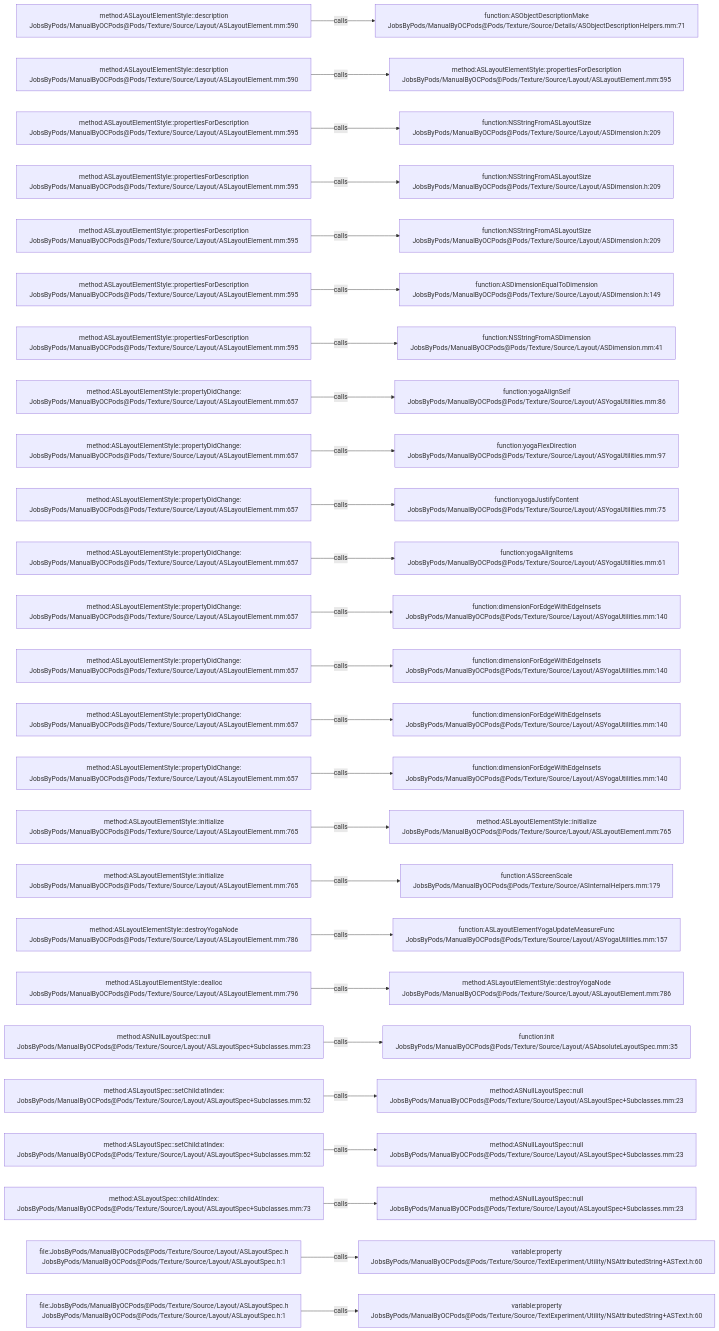
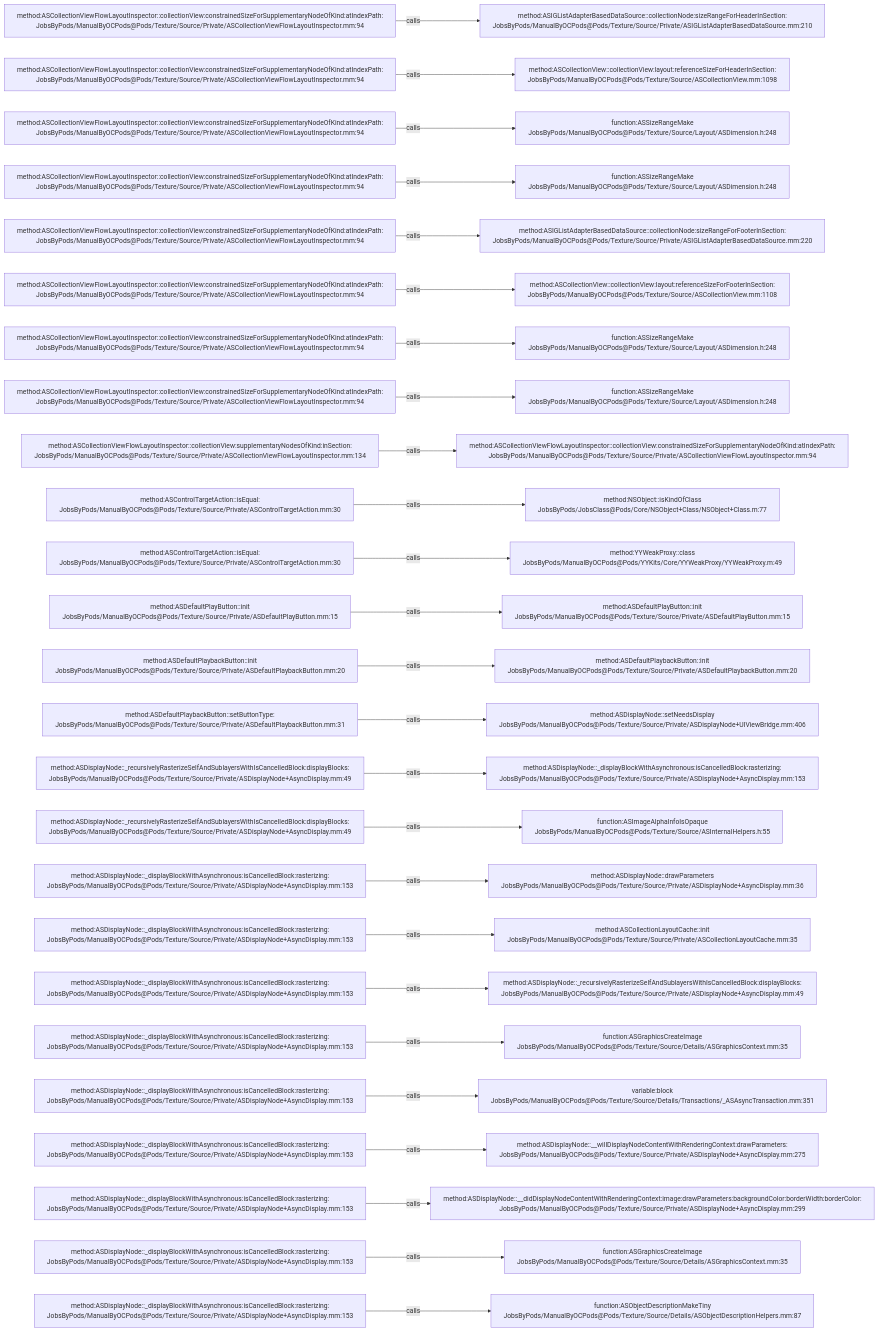
Before and after one commit to JobsKits/JobsOCBaseConfigDemo: the diagram in .codegraph/codegraph.md/graphs/calls-188.md, drawn with Mermaid. The commit also changed 1223 other files, not shown here.

````diff
--- a/.codegraph/codegraph.md/graphs/calls-188.md
+++ b/.codegraph/codegraph.md/graphs/calls-188.md
@@ -13,78 +13,78 @@
 ```mermaid
 flowchart LR
-  S1["method:ASLayoutElementStyle::description<br/>JobsByPods/ManualByOCPods@Pods/Texture/Source/Layout/ASLayoutElement.mm:590"]
-  T1["function:ASObjectDescriptionMake<br/>JobsByPods/ManualByOCPods@Pods/Texture/Source/Details/ASObjectDescriptionHelpers.mm:71"]
+  S1["method:ASCollectionViewFlowLayoutInspector::collectionView:constrainedSizeForSupplementaryNodeOfKind:atIndexPath:<br/>JobsByPods/ManualByOCPods@Pods/Texture/Source/Private/ASCollectionViewFlowLayoutInspector.mm:94"]
+  T1["method:ASIGListAdapterBasedDataSource::collectionNode:sizeRangeForHeaderInSection:<br/>JobsByPods/ManualByOCPods@Pods/Texture/Source/Private/ASIGListAdapterBasedDataSource.mm:210"]
   S1 -->|calls| T1
-  S2["method:ASLayoutElementStyle::description<br/>JobsByPods/ManualByOCPods@Pods/Texture/Source/Layout/ASLayoutElement.mm:590"]
-  T2["method:ASLayoutElementStyle::propertiesForDescription<br/>JobsByPods/ManualByOCPods@Pods/Texture/Source/Layout/ASLayoutElement.mm:595"]
+  S2["method:ASCollectionViewFlowLayoutInspector::collectionView:constrainedSizeForSupplementaryNodeOfKind:atIndexPath:<br/>JobsByPods/ManualByOCPods@Pods/Texture/Source/Private/ASCollectionViewFlowLayoutInspector.mm:94"]
+  T2["method:ASCollectionView::collectionView:layout:referenceSizeForHeaderInSection:<br/>JobsByPods/ManualByOCPods@Pods/Texture/Source/ASCollectionView.mm:1098"]
   S2 -->|calls| T2
-  S3["method:ASLayoutElementStyle::propertiesForDescription<br/>JobsByPods/ManualByOCPods@Pods/Texture/Source/Layout/ASLayoutElement.mm:595"]
-  T3["function:NSStringFromASLayoutSize<br/>JobsByPods/ManualByOCPods@Pods/Texture/Source/Layout/ASDimension.h:209"]
+  S3["method:ASCollectionViewFlowLayoutInspector::collectionView:constrainedSizeForSupplementaryNodeOfKind:atIndexPath:<br/>JobsByPods/ManualByOCPods@Pods/Texture/Source/Private/ASCollectionViewFlowLayoutInspector.mm:94"]
+  T3["function:ASSizeRangeMake<br/>JobsByPods/ManualByOCPods@Pods/Texture/Source/Layout/ASDimension.h:248"]
   S3 -->|calls| T3
-  S4["method:ASLayoutElementStyle::propertiesForDescription<br/>JobsByPods/ManualByOCPods@Pods/Texture/Source/Layout/ASLayoutElement.mm:595"]
-  T4["function:NSStringFromASLayoutSize<br/>JobsByPods/ManualByOCPods@Pods/Texture/Source/Layout/ASDimension.h:209"]
+  S4["method:ASCollectionViewFlowLayoutInspector::collectionView:constrainedSizeForSupplementaryNodeOfKind:atIndexPath:<br/>JobsByPods/ManualByOCPods@Pods/Texture/Source/Private/ASCollectionViewFlowLayoutInspector.mm:94"]
+  T4["function:ASSizeRangeMake<br/>JobsByPods/ManualByOCPods@Pods/Texture/Source/Layout/ASDimension.h:248"]
   S4 -->|calls| T4
-  S5["method:ASLayoutElementStyle::propertiesForDescription<br/>JobsByPods/ManualByOCPods@Pods/Texture/Source/Layout/ASLayoutElement.mm:595"]
-  T5["function:NSStringFromASLayoutSize<br/>JobsByPods/ManualByOCPods@Pods/Texture/Source/Layout/ASDimension.h:209"]
+  S5["method:ASCollectionViewFlowLayoutInspector::collectionView:constrainedSizeForSupplementaryNodeOfKind:atIndexPath:<br/>JobsByPods/ManualByOCPods@Pods/Texture/Source/Private/ASCollectionViewFlowLayoutInspector.mm:94"]
+  T5["method:ASIGListAdapterBasedDataSource::collectionNode:sizeRangeForFooterInSection:<br/>JobsByPods/ManualByOCPods@Pods/Texture/Source/Private/ASIGListAdapterBasedDataSource.mm:220"]
   S5 -->|calls| T5
-  S6["method:ASLayoutElementStyle::propertiesForDescription<br/>JobsByPods/ManualByOCPods@Pods/Texture/Source/Layout/ASLayoutElement.mm:595"]
-  T6["function:ASDimensionEqualToDimension<br/>JobsByPods/ManualByOCPods@Pods/Texture/Source/Layout/ASDimension.h:149"]
+  S6["method:ASCollectionViewFlowLayoutInspector::collectionView:constrainedSizeForSupplementaryNodeOfKind:atIndexPath:<br/>JobsByPods/ManualByOCPods@Pods/Texture/Source/Private/ASCollectionViewFlowLayoutInspector.mm:94"]
+  T6["method:ASCollectionView::collectionView:layout:referenceSizeForFooterInSection:<br/>JobsByPods/ManualByOCPods@Pods/Texture/Source/ASCollectionView.mm:1108"]
   S6 -->|calls| T6
-  S7["method:ASLayoutElementStyle::propertiesForDescription<br/>JobsByPods/ManualByOCPods@Pods/Texture/Source/Layout/ASLayoutElement.mm:595"]
-  T7["function:NSStringFromASDimension<br/>JobsByPods/ManualByOCPods@Pods/Texture/Source/Layout/ASDimension.mm:41"]
+  S7["method:ASCollectionViewFlowLayoutInspector::collectionView:constrainedSizeForSupplementaryNodeOfKind:atIndexPath:<br/>JobsByPods/ManualByOCPods@Pods/Texture/Source/Private/ASCollectionViewFlowLayoutInspector.mm:94"]
+  T7["function:ASSizeRangeMake<br/>JobsByPods/ManualByOCPods@Pods/Texture/Source/Layout/ASDimension.h:248"]
   S7 -->|calls| T7
-  S8["method:ASLayoutElementStyle::propertyDidChange:<br/>JobsByPods/ManualByOCPods@Pods/Texture/Source/Layout/ASLayoutElement.mm:657"]
-  T8["function:yogaAlignSelf<br/>JobsByPods/ManualByOCPods@Pods/Texture/Source/Layout/ASYogaUtilities.mm:86"]
+  S8["method:ASCollectionViewFlowLayoutInspector::collectionView:constrainedSizeForSupplementaryNodeOfKind:atIndexPath:<br/>JobsByPods/ManualByOCPods@Pods/Texture/Source/Private/ASCollectionViewFlowLayoutInspector.mm:94"]
+  T8["function:ASSizeRangeMake<br/>JobsByPods/ManualByOCPods@Pods/Texture/Source/Layout/ASDimension.h:248"]
   S8 -->|calls| T8
-  S9["method:ASLayoutElementStyle::propertyDidChange:<br/>JobsByPods/ManualByOCPods@Pods/Texture/Source/Layout/ASLayoutElement.mm:657"]
-  T9["function:yogaFlexDirection<br/>JobsByPods/ManualByOCPods@Pods/Texture/Source/Layout/ASYogaUtilities.mm:97"]
+  S9["method:ASCollectionViewFlowLayoutInspector::collectionView:supplementaryNodesOfKind:inSection:<br/>JobsByPods/ManualByOCPods@Pods/Texture/Source/Private/ASCollectionViewFlowLayoutInspector.mm:134"]
+  T9["method:ASCollectionViewFlowLayoutInspector::collectionView:constrainedSizeForSupplementaryNodeOfKind:atIndexPath:<br/>JobsByPods/ManualByOCPods@Pods/Texture/Source/Private/ASCollectionViewFlowLayoutInspector.mm:94"]
   S9 -->|calls| T9
-  S10["method:ASLayoutElementStyle::propertyDidChange:<br/>JobsByPods/ManualByOCPods@Pods/Texture/Source/Layout/ASLayoutElement.mm:657"]
-  T10["function:yogaJustifyContent<br/>JobsByPods/ManualByOCPods@Pods/Texture/Source/Layout/ASYogaUtilities.mm:75"]
+  S10["method:ASControlTargetAction::isEqual:<br/>JobsByPods/ManualByOCPods@Pods/Texture/Source/Private/ASControlTargetAction.mm:30"]
+  T10["method:NSObject::isKindOfClass<br/>JobsByPods/JobsClass@Pods/Core/NSObject+Class/NSObject+Class.m:77"]
   S10 -->|calls| T10
-  S11["method:ASLayoutElementStyle::propertyDidChange:<br/>JobsByPods/ManualByOCPods@Pods/Texture/Source/Layout/ASLayoutElement.mm:657"]
-  T11["function:yogaAlignItems<br/>JobsByPods/ManualByOCPods@Pods/Texture/Source/Layout/ASYogaUtilities.mm:61"]
+  S11["method:ASControlTargetAction::isEqual:<br/>JobsByPods/ManualByOCPods@Pods/Texture/Source/Private/ASControlTargetAction.mm:30"]
+  T11["method:YYWeakProxy::class<br/>JobsByPods/ManualByOCPods@Pods/YYKits/Core/YYWeakProxy/YYWeakProxy.m:49"]
   S11 -->|calls| T11
-  S12["method:ASLayoutElementStyle::propertyDidChange:<br/>JobsByPods/ManualByOCPods@Pods/Texture/Source/Layout/ASLayoutElement.mm:657"]
-  T12["function:dimensionForEdgeWithEdgeInsets<br/>JobsByPods/ManualByOCPods@Pods/Texture/Source/Layout/ASYogaUtilities.mm:140"]
+  S12["method:ASDefaultPlayButton::init<br/>JobsByPods/ManualByOCPods@Pods/Texture/Source/Private/ASDefaultPlayButton.mm:15"]
+  T12["method:ASDefaultPlayButton::init<br/>JobsByPods/ManualByOCPods@Pods/Texture/Source/Private/ASDefaultPlayButton.mm:15"]
   S12 -->|calls| T12
-  S13["method:ASLayoutElementStyle::propertyDidChange:<br/>JobsByPods/ManualByOCPods@Pods/Texture/Source/Layout/ASLayoutElement.mm:657"]
-  T13["function:dimensionForEdgeWithEdgeInsets<br/>JobsByPods/ManualByOCPods@Pods/Texture/Source/Layout/ASYogaUtilities.mm:140"]
+  S13["method:ASDefaultPlaybackButton::init<br/>JobsByPods/ManualByOCPods@Pods/Texture/Source/Private/ASDefaultPlaybackButton.mm:20"]
+  T13["method:ASDefaultPlaybackButton::init<br/>JobsByPods/ManualByOCPods@Pods/Texture/Source/Private/ASDefaultPlaybackButton.mm:20"]
   S13 -->|calls| T13
-  S14["method:ASLayoutElementStyle::propertyDidChange:<br/>JobsByPods/ManualByOCPods@Pods/Texture/Source/Layout/ASLayoutElement.mm:657"]
-  T14["function:dimensionForEdgeWithEdgeInsets<br/>JobsByPods/ManualByOCPods@Pods/Texture/Source/Layout/ASYogaUtilities.mm:140"]
+  S14["method:ASDefaultPlaybackButton::setButtonType:<br/>JobsByPods/ManualByOCPods@Pods/Texture/Source/Private/ASDefaultPlaybackButton.mm:31"]
+  T14["method:ASDisplayNode::setNeedsDisplay<br/>JobsByPods/ManualByOCPods@Pods/Texture/Source/Private/ASDisplayNode+UIViewBridge.mm:406"]
   S14 -->|calls| T14
-  S15["method:ASLayoutElementStyle::propertyDidChange:<br/>JobsByPods/ManualByOCPods@Pods/Texture/Source/Layout/ASLayoutElement.mm:657"]
-  T15["function:dimensionForEdgeWithEdgeInsets<br/>JobsByPods/ManualByOCPods@Pods/Texture/Source/Layout/ASYogaUtilities.mm:140"]
+  S15["method:ASDisplayNode::_recursivelyRasterizeSelfAndSublayersWithIsCancelledBlock:displayBlocks:<br/>JobsByPods/ManualByOCPods@Pods/Texture/Source/Private/ASDisplayNode+AsyncDisplay.mm:49"]
+  T15["method:ASDisplayNode::_displayBlockWithAsynchronous:isCancelledBlock:rasterizing:<br/>JobsByPods/ManualByOCPods@Pods/Texture/Source/Private/ASDisplayNode+AsyncDisplay.mm:153"]
   S15 -->|calls| T15
-  S16["method:ASLayoutElementStyle::initialize<br/>JobsByPods/ManualByOCPods@Pods/Texture/Source/Layout/ASLayoutElement.mm:765"]
-  T16["method:ASLayoutElementStyle::initialize<br/>JobsByPods/ManualByOCPods@Pods/Texture/Source/Layout/ASLayoutElement.mm:765"]
+  S16["method:ASDisplayNode::_recursivelyRasterizeSelfAndSublayersWithIsCancelledBlock:displayBlocks:<br/>JobsByPods/ManualByOCPods@Pods/Texture/Source/Private/ASDisplayNode+AsyncDisplay.mm:49"]
+  T16["function:ASImageAlphaInfoIsOpaque<br/>JobsByPods/ManualByOCPods@Pods/Texture/Source/ASInternalHelpers.h:55"]
   S16 -->|calls| T16
-  S17["method:ASLayoutElementStyle::initialize<br/>JobsByPods/ManualByOCPods@Pods/Texture/Source/Layout/ASLayoutElement.mm:765"]
-  T17["function:ASScreenScale<br/>JobsByPods/ManualByOCPods@Pods/Texture/Source/ASInternalHelpers.mm:179"]
+  S17["method:ASDisplayNode::_displayBlockWithAsynchronous:isCancelledBlock:rasterizing:<br/>JobsByPods/ManualByOCPods@Pods/Texture/Source/Private/ASDisplayNode+AsyncDisplay.mm:153"]
+  T17["method:ASDisplayNode::drawParameters<br/>JobsByPods/ManualByOCPods@Pods/Texture/Source/Private/ASDisplayNode+AsyncDisplay.mm:36"]
   S17 -->|calls| T17
-  S18["method:ASLayoutElementStyle::destroyYogaNode<br/>JobsByPods/ManualByOCPods@Pods/Texture/Source/Layout/ASLayoutElement.mm:786"]
-  T18["function:ASLayoutElementYogaUpdateMeasureFunc<br/>JobsByPods/ManualByOCPods@Pods/Texture/Source/Layout/ASYogaUtilities.mm:157"]
+  S18["method:ASDisplayNode::_displayBlockWithAsynchronous:isCancelledBlock:rasterizing:<br/>JobsByPods/ManualByOCPods@Pods/Texture/Source/Private/ASDisplayNode+AsyncDisplay.mm:153"]
+  T18["method:ASCollectionLayoutCache::init<br/>JobsByPods/ManualByOCPods@Pods/Texture/Source/Private/ASCollectionLayoutCache.mm:35"]
   S18 -->|calls| T18
-  S19["method:ASLayoutElementStyle::dealloc<br/>JobsByPods/ManualByOCPods@Pods/Texture/Source/Layout/ASLayoutElement.mm:796"]
-  T19["method:ASLayoutElementStyle::destroyYogaNode<br/>JobsByPods/ManualByOCPods@Pods/Texture/Source/Layout/ASLayoutElement.mm:786"]
+  S19["method:ASDisplayNode::_displayBlockWithAsynchronous:isCancelledBlock:rasterizing:<br/>JobsByPods/ManualByOCPods@Pods/Texture/Source/Private/ASDisplayNode+AsyncDisplay.mm:153"]
+  T19["method:ASDisplayNode::_recursivelyRasterizeSelfAndSublayersWithIsCancelledBlock:displayBlocks:<br/>JobsByPods/ManualByOCPods@Pods/Texture/Source/Private/ASDisplayNode+AsyncDisplay.mm:49"]
   S19 -->|calls| T19
-  S20["method:ASNullLayoutSpec::null<br/>JobsByPods/ManualByOCPods@Pods/Texture/Source/Layout/ASLayoutSpec+Subclasses.mm:23"]
-  T20["function:init<br/>JobsByPods/ManualByOCPods@Pods/Texture/Source/Layout/ASAbsoluteLayoutSpec.mm:35"]
+  S20["method:ASDisplayNode::_displayBlockWithAsynchronous:isCancelledBlock:rasterizing:<br/>JobsByPods/ManualByOCPods@Pods/Texture/Source/Private/ASDisplayNode+AsyncDisplay.mm:153"]
+  T20["function:ASGraphicsCreateImage<br/>JobsByPods/ManualByOCPods@Pods/Texture/Source/Details/ASGraphicsContext.mm:35"]
   S20 -->|calls| T20
-  S21["method:ASLayoutSpec::setChild:atIndex:<br/>JobsByPods/ManualByOCPods@Pods/Texture/Source/Layout/ASLayoutSpec+Subclasses.mm:52"]
-  T21["method:ASNullLayoutSpec::null<br/>JobsByPods/ManualByOCPods@Pods/Texture/Source/Layout/ASLayoutSpec+Subclasses.mm:23"]
+  S21["method:ASDisplayNode::_displayBlockWithAsynchronous:isCancelledBlock:rasterizing:<br/>JobsByPods/ManualByOCPods@Pods/Texture/Source/Private/ASDisplayNode+AsyncDisplay.mm:153"]
+  T21["variable:block<br/>JobsByPods/ManualByOCPods@Pods/Texture/Source/Details/Transactions/_ASAsyncTransaction.mm:351"]
   S21 -->|calls| T21
-  S22["method:ASLayoutSpec::setChild:atIndex:<br/>JobsByPods/ManualByOCPods@Pods/Texture/Source/Layout/ASLayoutSpec+Subclasses.mm:52"]
-  T22["method:ASNullLayoutSpec::null<br/>JobsByPods/ManualByOCPods@Pods/Texture/Source/Layout/ASLayoutSpec+Subclasses.mm:23"]
+  S22["method:ASDisplayNode::_displayBlockWithAsynchronous:isCancelledBlock:rasterizing:<br/>JobsByPods/ManualByOCPods@Pods/Texture/Source/Private/ASDisplayNode+AsyncDisplay.mm:153"]
+  T22["method:ASDisplayNode::__willDisplayNodeContentWithRenderingContext:drawParameters:<br/>JobsByPods/ManualByOCPods@Pods/Texture/Source/Private/ASDisplayNode+AsyncDisplay.mm:275"]
   S22 -->|calls| T22
-  S23["method:ASLayoutSpec::childAtIndex:<br/>JobsByPods/ManualByOCPods@Pods/Texture/Source/Layout/ASLayoutSpec+Subclasses.mm:73"]
-  T23["method:ASNullLayoutSpec::null<br/>JobsByPods/ManualByOCPods@Pods/Texture/Source/Layout/ASLayoutSpec+Subclasses.mm:23"]
+  S23["method:ASDisplayNode::_displayBlockWithAsynchronous:isCancelledBlock:rasterizing:<br/>JobsByPods/ManualByOCPods@Pods/Texture/Source/Private/ASDisplayNode+AsyncDisplay.mm:153"]
+  T23["method:ASDisplayNode::__didDisplayNodeContentWithRenderingContext:image:drawParameters:backgroundColor:borderWidth:borderColor:<br/>JobsByPods/ManualByOCPods@Pods/Texture/Source/Private/ASDisplayNode+AsyncDisplay.mm:299"]
   S23 -->|calls| T23
-  S24["file:JobsByPods/ManualByOCPods@Pods/Texture/Source/Layout/ASLayoutSpec.h<br/>JobsByPods/ManualByOCPods@Pods/Texture/Source/Layout/ASLayoutSpec.h:1"]
-  T24["variable:property<br/>JobsByPods/ManualByOCPods@Pods/Texture/Source/TextExperiment/Utility/NSAttributedString+ASText.h:60"]
+  S24["method:ASDisplayNode::_displayBlockWithAsynchronous:isCancelledBlock:rasterizing:<br/>JobsByPods/ManualByOCPods@Pods/Texture/Source/Private/ASDisplayNode+AsyncDisplay.mm:153"]
+  T24["function:ASGraphicsCreateImage<br/>JobsByPods/ManualByOCPods@Pods/Texture/Source/Details/ASGraphicsContext.mm:35"]
   S24 -->|calls| T24
-  S25["file:JobsByPods/ManualByOCPods@Pods/Texture/Source/Layout/ASLayoutSpec.h<br/>JobsByPods/ManualByOCPods@Pods/Texture/Source/Layout/ASLayoutSpec.h:1"]
-  T25["variable:property<br/>JobsByPods/ManualByOCPods@Pods/Texture/Source/TextExperiment/Utility/NSAttributedString+ASText.h:60"]
+  S25["method:ASDisplayNode::_displayBlockWithAsynchronous:isCancelledBlock:rasterizing:<br/>JobsByPods/ManualByOCPods@Pods/Texture/Source/Private/ASDisplayNode+AsyncDisplay.mm:153"]
+  T25["function:ASObjectDescriptionMakeTiny<br/>JobsByPods/ManualByOCPods@Pods/Texture/Source/Details/ASObjectDescriptionHelpers.mm:87"]
   S25 -->|calls| T25
 ```
````
